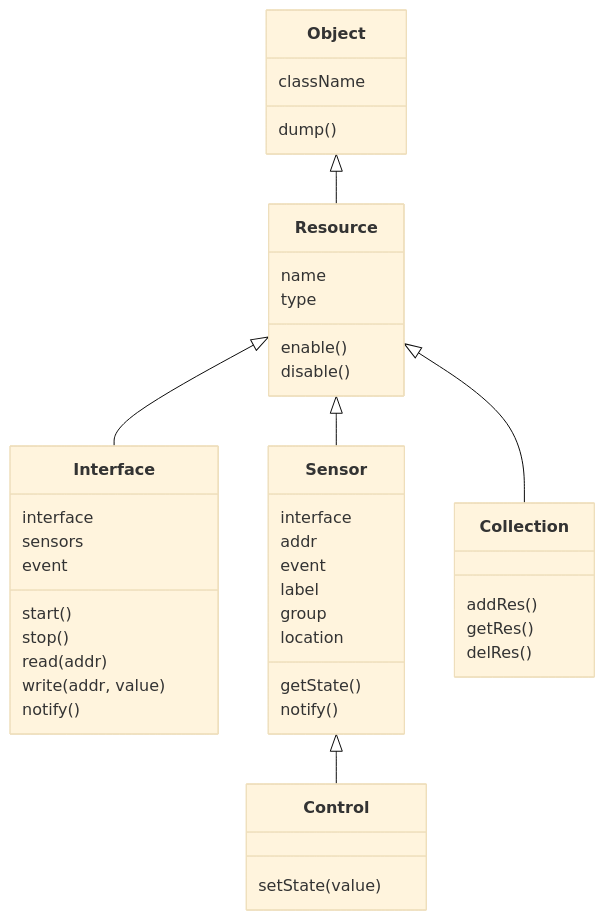
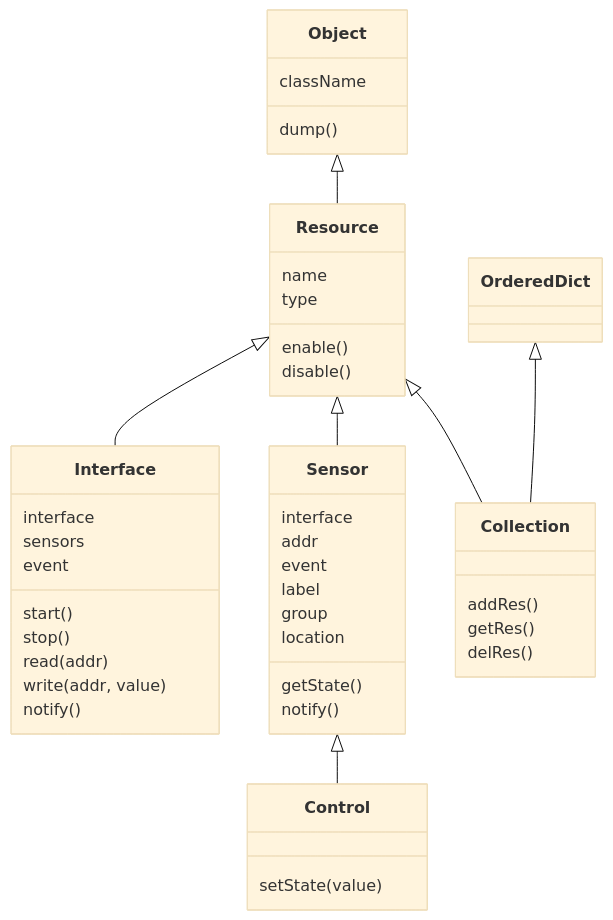
Before and after one commit to jbuehl/homealone: the diagram in docs/README.model.md, drawn with Mermaid (base theme). The commit also changed other lines of this file, not shown here.

Commit message:
Add diagrams

````diff
--- a/docs/README.model.md
+++ b/docs/README.model.md
@@ -38,34 +38,35 @@
 ```mermaid
 classDiagram
 	Object <|-- Resource
 	Resource <|--Interface
 	Resource <|--Sensor
 	Sensor <|-- Control
 	Resource <|--Collection
+	OrderedDict <|--Collection
 	Object: className
 	Object: dump()
 	Resource: name
 	Resource: type
 	Resource: enable()
 	Resource: disable()
 	Interface : interface
 	Interface : sensors
 	Interface : event
 	Interface : start()
 	Interface : stop()
 	Interface : read(addr)
 	Interface : write(addr, value)
 	Interface : notify()
 	Sensor : interface
 	Sensor : addr
 	Sensor : event
 	Sensor : label
 	Sensor : group
 	Sensor : location
 	Sensor : getState()
 	Sensor : notify()
 	Control : setState(value)
 	Collection : addRes()
 	Collection : getRes()
 	Collection : delRes()
 ```
````
